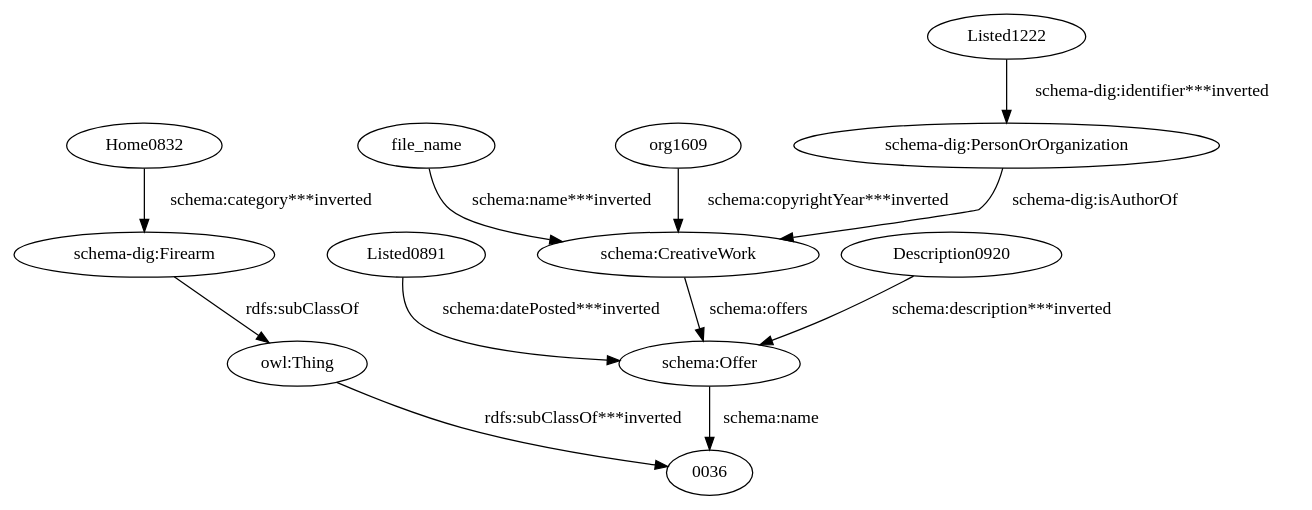
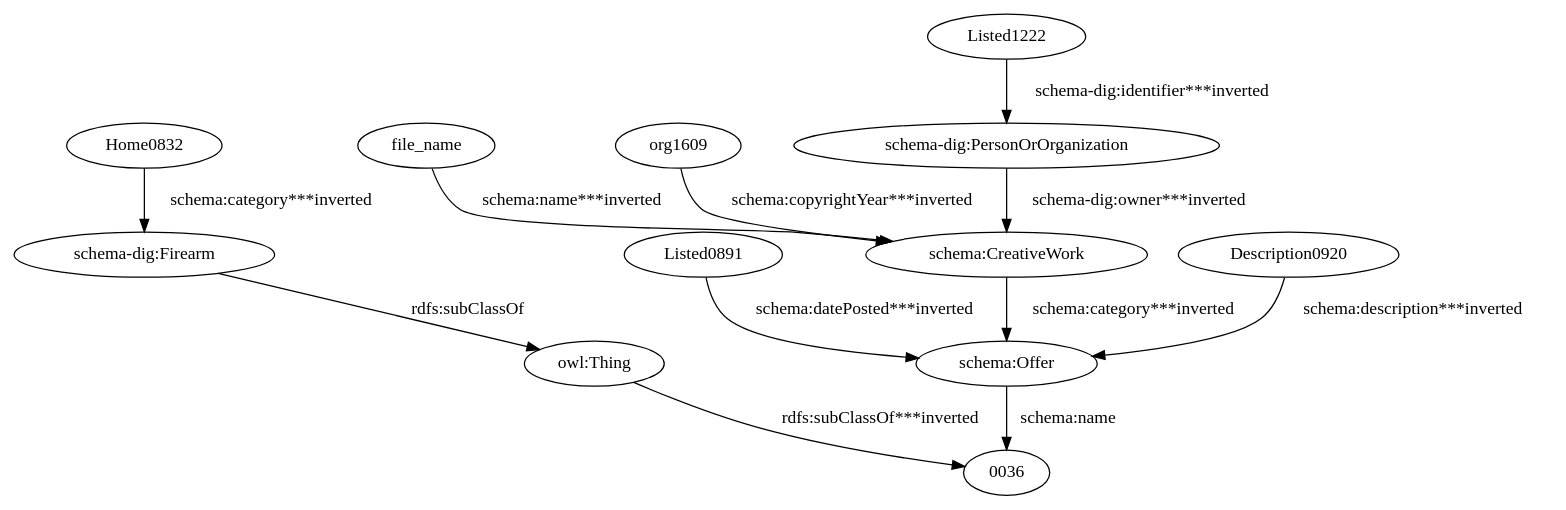
One commit to giuseppefutia/semi changed the diagram in data/taheriyan2016/task_04/semantic_models/steiner/dot/hawaiiguntrader.dot. Above: the diagram before and after it, drawn with Graphviz. The commit also changed 120 other files, not shown here.

```diff
--- a/data/taheriyan2016/task_04/semantic_models/steiner/dot/hawaiiguntrader.dot
+++ b/data/taheriyan2016/task_04/semantic_models/steiner/dot/hawaiiguntrader.dot
@@ -1,25 +1,25 @@
 digraph {
   Description0920 [type=attribute_name,label=Description0920]
   "schema:Offer1" [type=class_uri,label="schema:Offer"]
   Home0832 [type=attribute_name,label=Home0832]
   "schema-dig:Firearm1" [type=class_uri,label="schema-dig:Firearm"]
   Listed0891 [type=attribute_name,label=Listed0891]
   Listed1222 [type=attribute_name,label=Listed1222]
   "schema-dig:PersonOrOrganization1" [type=class_uri,label="schema-dig:PersonOrOrganization"]
   file_name [type=attribute_name,label=file_name]
   "schema:CreativeWork1" [type=class_uri,label="schema:CreativeWork"]
   org1609 [type=attribute_name,label=org1609]
   "owl:Thing" [type=special,label="owl:Thing"]
   "0036" [type=attribute_name,label="0036"]
   Description0920 -> "schema:Offer1" [type=st_property_uri,label="schema:description***inverted",weight=1]
   Home0832 -> "schema-dig:Firearm1" [type=st_property_uri,label="schema:category***inverted",weight=1]
   Listed0891 -> "schema:Offer1" [type=st_property_uri,label="schema:datePosted***inverted",weight=1]
   Listed1222 -> "schema-dig:PersonOrOrganization1" [type=st_property_uri,label="schema-dig:identifier***inverted",weight=1]
   file_name -> "schema:CreativeWork1" [type=st_property_uri,label="schema:name***inverted",weight=1]
   org1609 -> "schema:CreativeWork1" [type=st_property_uri,label="schema:copyrightYear***inverted",weight=1]
   "owl:Thing" -> "0036" [type=inherited,label="rdfs:subClassOf***inverted",weight=0.3333333333333333]
   "schema-dig:Firearm1" -> "owl:Thing" [label="rdfs:subClassOf",type=inherited,weight=0.3333333333333333]
-  "schema-dig:PersonOrOrganization1" -> "schema:CreativeWork1" [label="schema-dig:isAuthorOf",type=direct_property_uri,weight=1]
-  "schema:CreativeWork1" -> "schema:Offer1" [label="schema:offers",type=direct_property_uri,weight=1]
+  "schema-dig:PersonOrOrganization1" -> "schema:CreativeWork1" [type=inherited,label="schema-dig:owner***inverted",weight=4]
+  "schema:CreativeWork1" -> "schema:Offer1" [type=inherited,label="schema:category***inverted",weight=4]
   "schema:Offer1" -> "0036" [label="schema:name",type=st_property_uri]
 }
```
